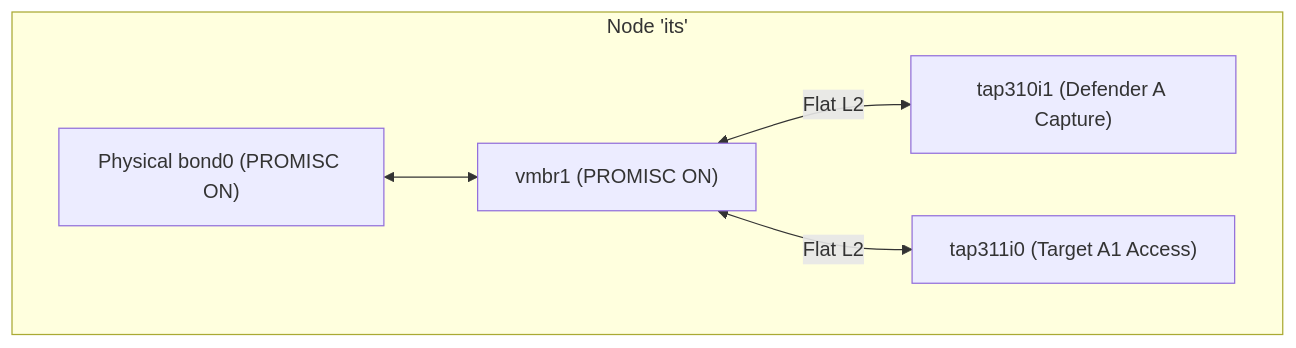
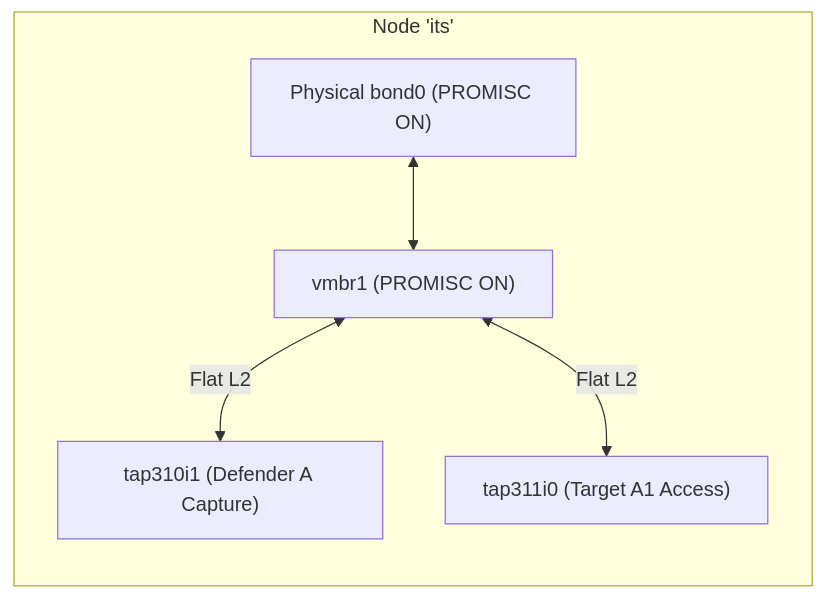
One commit to rhaffle87/fl-cl changed the third of 8 diagrams in docs/03_deployment.md. Above: the diagram before and after it, drawn with Mermaid. The commit also changed other lines of this file and 30 other files, not shown here.

Commit message:
feat: implement multi-architecture threat classification models and expand project documentation infrastructure

````diff
--- a/docs/03_deployment.md
+++ b/docs/03_deployment.md
@@ -126,8 +128,9 @@
 ```mermaid
-graph TD
- subgraph node_its ["Node 'its'"]
- bond0["Physical bond0 (PROMISC ON)"] <--> vmbr1["vmbr1 (PROMISC ON)"]
- vmbr1 <-->|Flat L2| tap310i1["tap310i1 (Defender A Capture)"]
- vmbr1 <-->|Flat L2| tap311i0["tap311i0 (Target A1 Access)"]
- end
+flowchart TD
+    subgraph node_its ["Node 'its'"]
+        direction TB
+        bond0["Physical bond0 (PROMISC ON)"] <--> vmbr1["vmbr1 (PROMISC ON)"]
+        vmbr1 <-->|Flat L2| tap310i1["tap310i1 (Defender A Capture)"]
+        vmbr1 <-->|Flat L2| tap311i0["tap311i0 (Target A1 Access)"]
+    end
 ```
````
